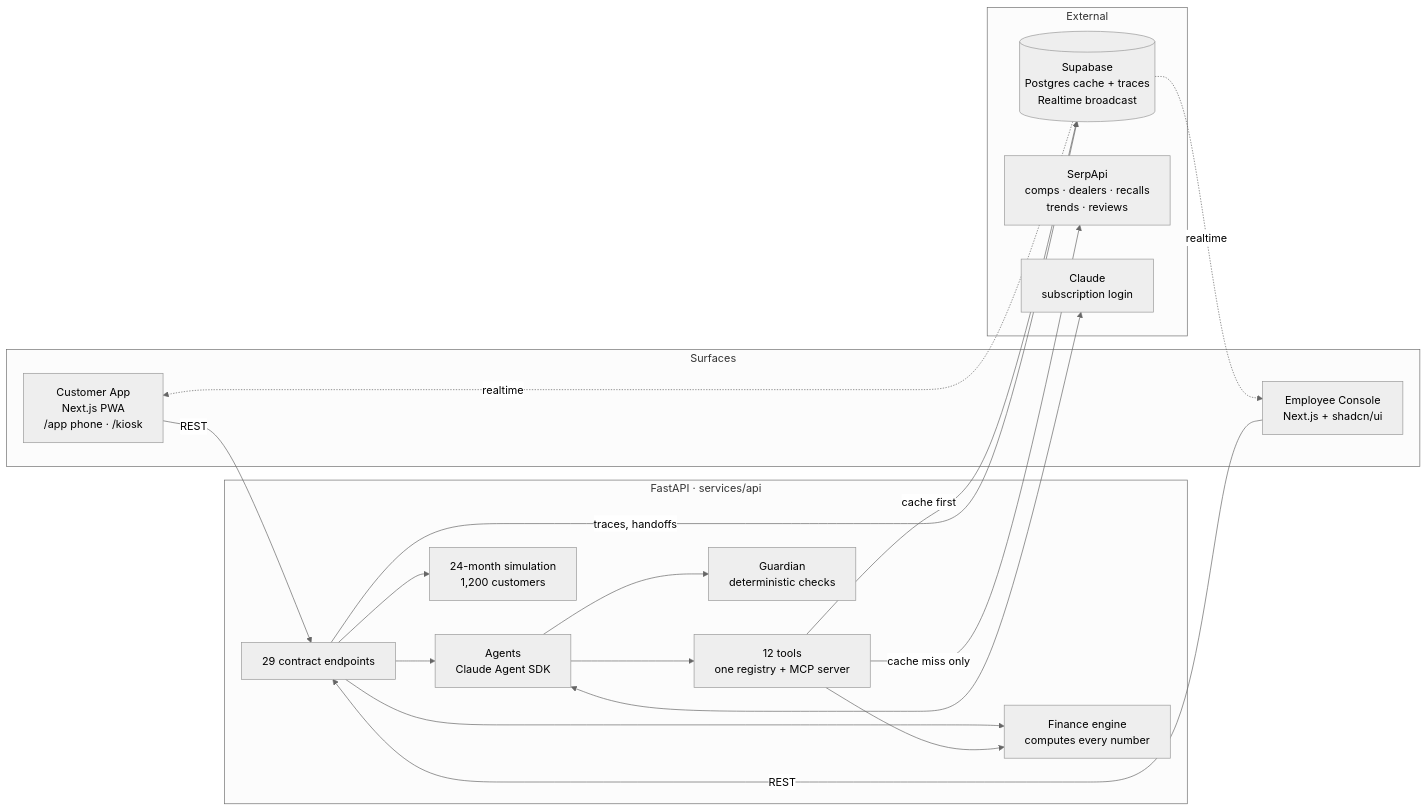
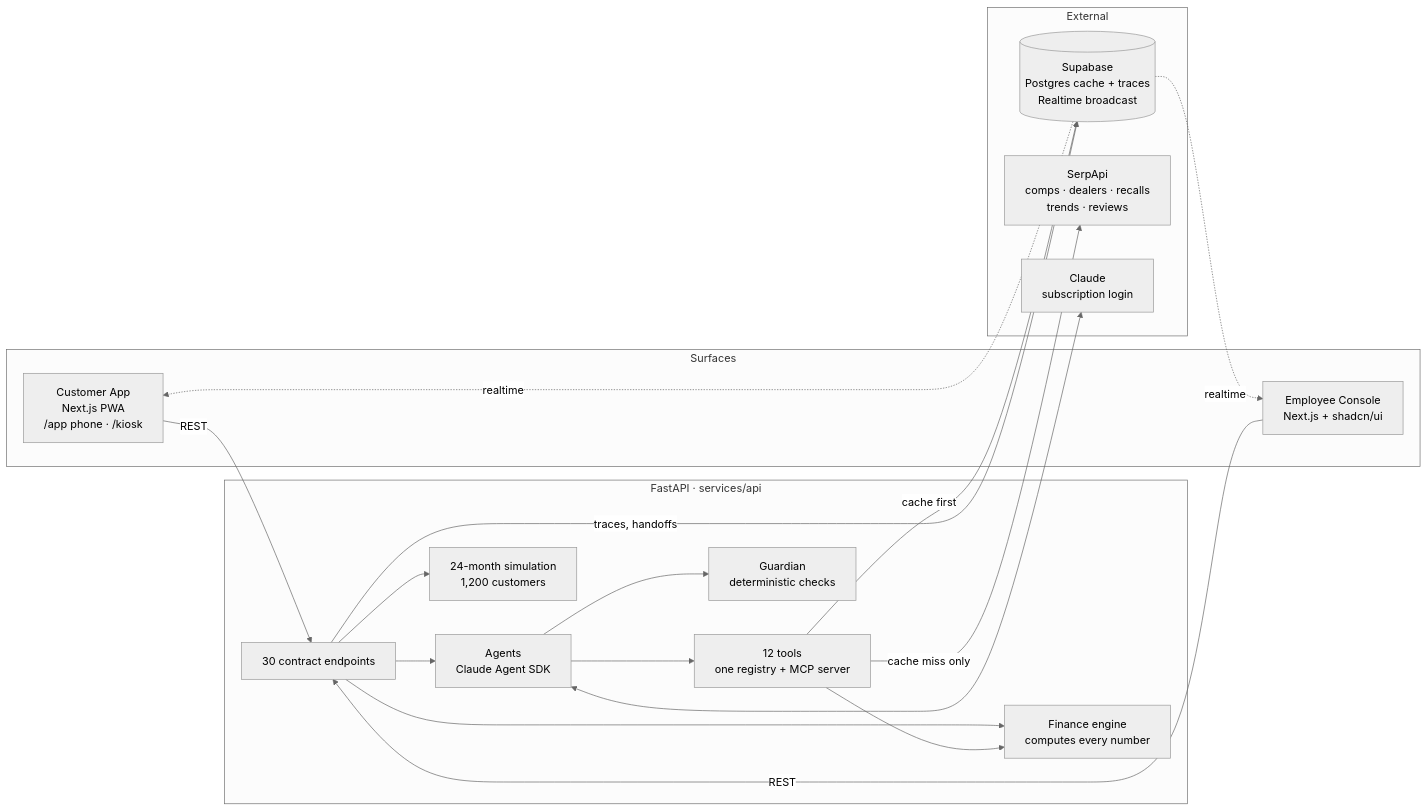
The first of 8 diagrams in README.md (vishvacyber/toyota-nextmove), drawn with Mermaid (neutral theme) before and after one commit. The commit also changed other lines of this file and 43 other files, not shown here.

````diff
--- a/README.md
+++ b/README.md
@@ -75,37 +75,37 @@
 ```mermaid
 flowchart LR
   subgraph Surfaces
     CA["Customer App<br/>Next.js PWA<br/>/app phone · /kiosk"]
     EC["Employee Console<br/>Next.js + shadcn/ui"]
   end
 
   subgraph API["FastAPI · services/api"]
-    R["29 contract endpoints"]
+    R["30 contract endpoints"]
     ENG["Finance engine<br/>computes every number"]
     TOOLS["12 tools<br/>one registry + MCP server"]
     AG["Agents<br/>Claude Agent SDK"]
     GU["Guardian<br/>deterministic checks"]
     SIM["24-month simulation<br/>1,200 customers"]
   end
 
   subgraph External
     SB[("Supabase<br/>Postgres cache + traces<br/>Realtime broadcast")]
     SERP["SerpApi<br/>comps · dealers · recalls<br/>trends · reviews"]
     CL["Claude<br/>subscription login"]
   end
 
   CA -- REST --> R
   EC -- REST --> R
   R --> ENG
   R --> AG
   R --> SIM
   AG --> TOOLS
   TOOLS --> ENG
   AG --> GU
   AG <--> CL
   TOOLS -- cache first --> SB
   TOOLS -- cache miss only --> SERP
   R -- traces, handoffs --> SB
   SB -. realtime .-> EC
   SB -. realtime .-> CA
 ```
````
